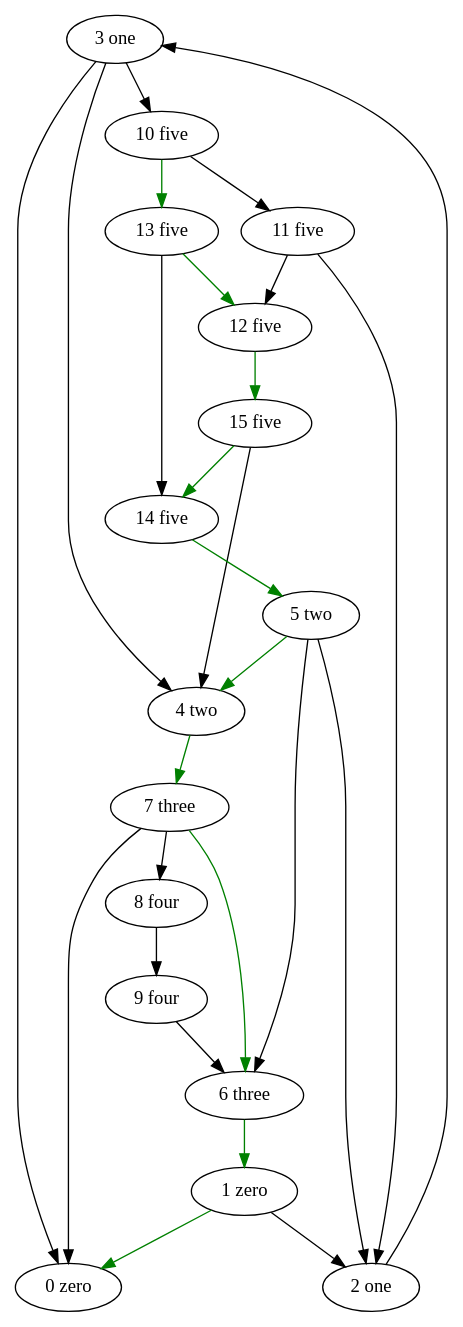
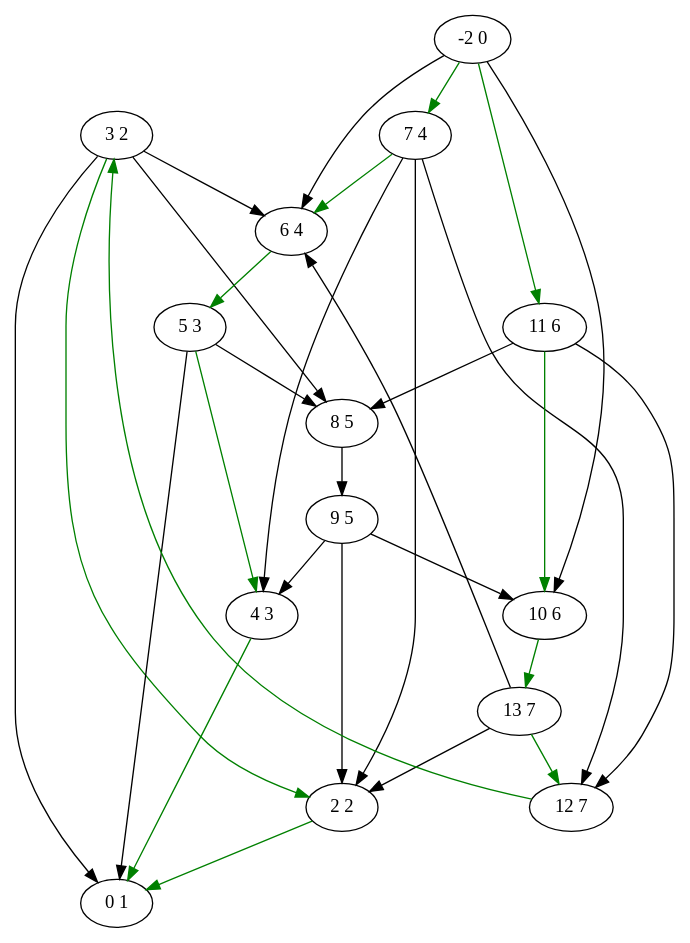
One commit to Xel4ek/lem_in changed the diagram in 3.gv. Above: the diagram before and after it, drawn with Graphviz. The commit also changed 216 other files, not shown here.

```diff
--- a/3.gv
+++ b/3.gv
@@ -1,44 +1,46 @@
 digraph 4 {
-	"0 zero";
-	"3 one";
-	"2 one";
-	"5 two";
-	"4 two";
-	"7 three";
-	"6 three";
-	"9 four";
-	"8 four";
-	"11 five";
-	"10 five";
-	"13 five";
-	"12 five";
-	"15 five";
-	"14 five";
-	"1 zero";
-	"3 one" -> "0 zero";
-	"7 three" -> "0 zero";
-	"1 zero" -> "0 zero" [dir = forward color = "green"];
-	"2 one" -> "3 one";
-	"1 zero" -> "2 one";
-	"5 two" -> "2 one";
-	"11 five" -> "2 one";
-	"14 five" -> "5 two" [dir = forward color = "green"];
-	"15 five" -> "4 two";
-	"3 one" -> "4 two";
-	"5 two" -> "4 two" [dir = forward color = "green"];
-	"4 two" -> "7 three" [dir = forward color = "green"];
-	"5 two" -> "6 three";
-	"9 four" -> "6 three";
-	"7 three" -> "6 three" [dir = forward color = "green"];
-	"8 four" -> "9 four";
-	"7 three" -> "8 four";
-	"10 five" -> "11 five";
-	"3 one" -> "10 five";
-	"10 five" -> "13 five" [dir = forward color = "green"];
-	"11 five" -> "12 five";
-	"13 five" -> "12 five" [dir = forward color = "green"];
-	"12 five" -> "15 five" [dir = forward color = "green"];
-	"13 five" -> "14 five";
-	"15 five" -> "14 five" [dir = forward color = "green"];
-	"6 three" -> "1 zero" [dir = forward color = "green"];
+	"0 1";
+	"3 2";
+	"2 2";
+	"5 3";
+	"4 3";
+	"7 4";
+	"6 4";
+	"9 5";
+	"8 5";
+	"11 6";
+	"10 6";
+	"13 7";
+	"12 7";
+	"-2 0";
+	"3 2" -> "0 1";
+	"5 3" -> "0 1";
+	"2 2" -> "0 1" [dir = forward color = "green"];
+	"4 3" -> "0 1" [dir = forward color = "green"];
+	"12 7" -> "3 2" [dir = forward color = "green"];
+	"9 5" -> "2 2";
+	"3 2" -> "2 2" [dir = forward color = "green"];
+	"13 7" -> "2 2";
+	"7 4" -> "2 2";
+	"6 4" -> "5 3" [dir = forward color = "green"];
+	"5 3" -> "4 3" [dir = forward color = "green"];
+	"7 4" -> "4 3";
+	"9 5" -> "4 3";
+	"-2 0" -> "7 4" [dir = forward color = "green"];
+	"7 4" -> "6 4" [dir = forward color = "green"];
+	"-2 0" -> "6 4";
+	"13 7" -> "6 4";
+	"3 2" -> "6 4";
+	"8 5" -> "9 5";
+	"5 3" -> "8 5";
+	"11 6" -> "8 5";
+	"3 2" -> "8 5";
+	"-2 0" -> "11 6" [dir = forward color = "green"];
+	"9 5" -> "10 6";
+	"11 6" -> "10 6" [dir = forward color = "green"];
+	"-2 0" -> "10 6";
+	"10 6" -> "13 7" [dir = forward color = "green"];
+	"7 4" -> "12 7";
+	"13 7" -> "12 7" [dir = forward color = "green"];
+	"11 6" -> "12 7";
 	}
```
